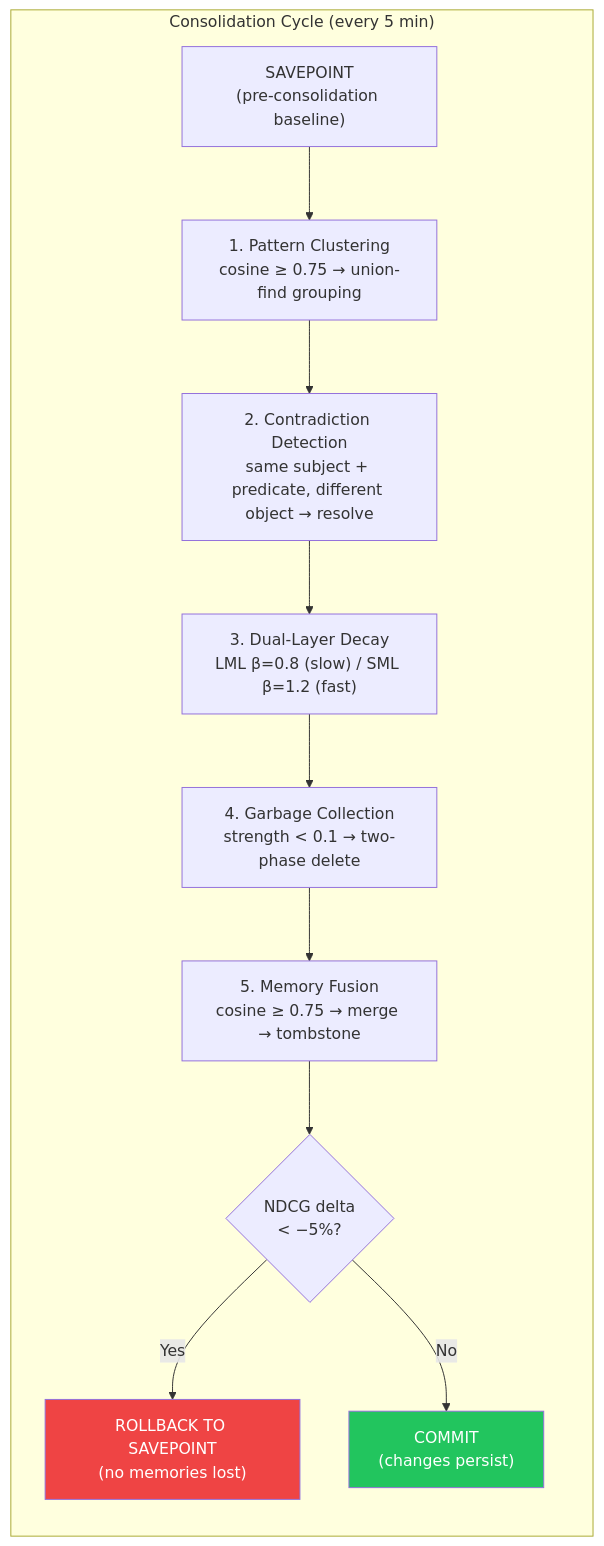
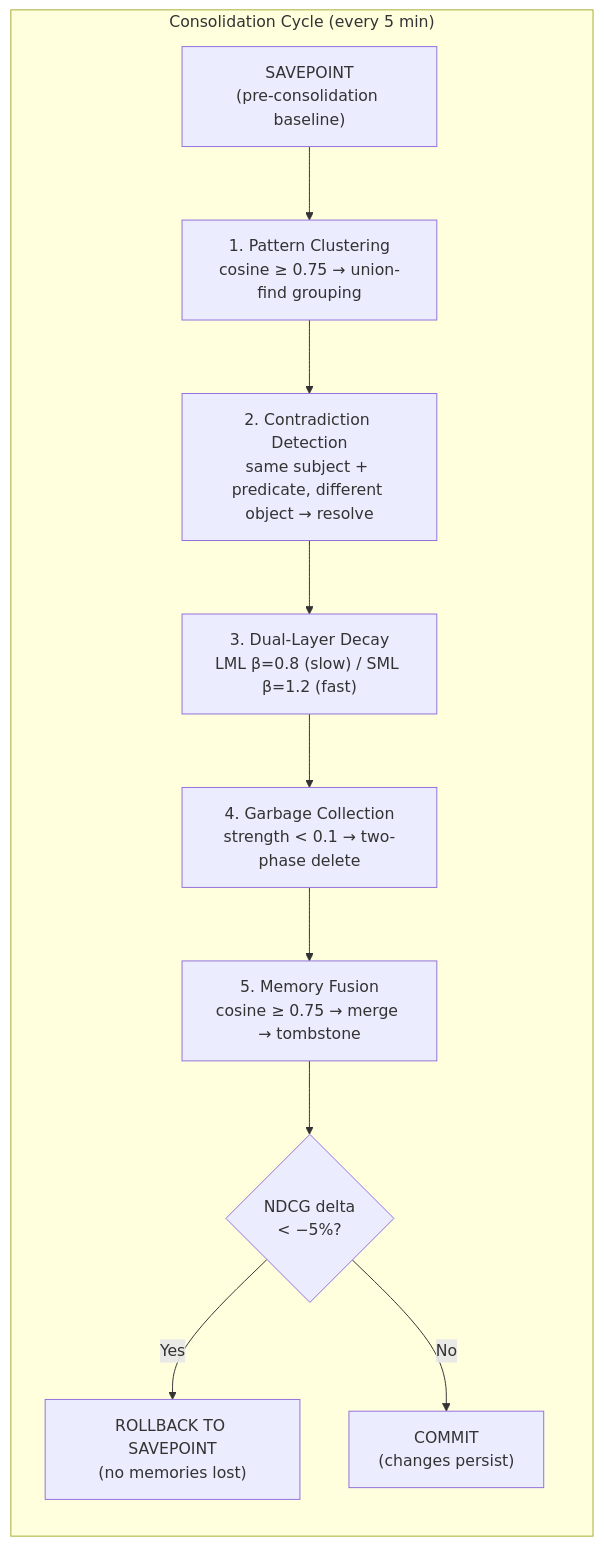
The seventh of 18 diagrams in ENGRAM.md (elisplash/paw), drawn with Mermaid before and after one commit. The commit also changed other lines of this file, not shown here.

Commit message:
docs: add mermaid diagrams throughout ENGRAM.md for visual improvement

````diff
--- a/ENGRAM.md
+++ b/ENGRAM.md
@@ -583,18 +573,16 @@
 ```mermaid
 flowchart TD
     subgraph Cycle["Consolidation Cycle (every 5 min)"]
         direction TB
         SAVE["SAVEPOINT\n(pre-consolidation baseline)"]
         SAVE --> PC["1. Pattern Clustering\ncosine ≥ 0.75 → union-find grouping"]
         PC --> CD["2. Contradiction Detection\nsame subject + predicate, different object → resolve"]
         CD --> DECAY["3. Dual-Layer Decay\nLML β=0.8 (slow) / SML β=1.2 (fast)"]
         DECAY --> GC["4. Garbage Collection\nstrength < 0.1 → two-phase delete"]
         GC --> FUS["5. Memory Fusion\ncosine ≥ 0.75 → merge → tombstone"]
         FUS --> NDCG{"NDCG delta\n< −5%?"}
         NDCG -- Yes --> ROLL["ROLLBACK TO SAVEPOINT\n(no memories lost)"]
         NDCG -- No --> COMMIT["COMMIT\n(changes persist)"]
     end
 
-    style ROLL fill:#ef4444,color:#fff
-    style COMMIT fill:#22c55e,color:#fff
 ```
````
